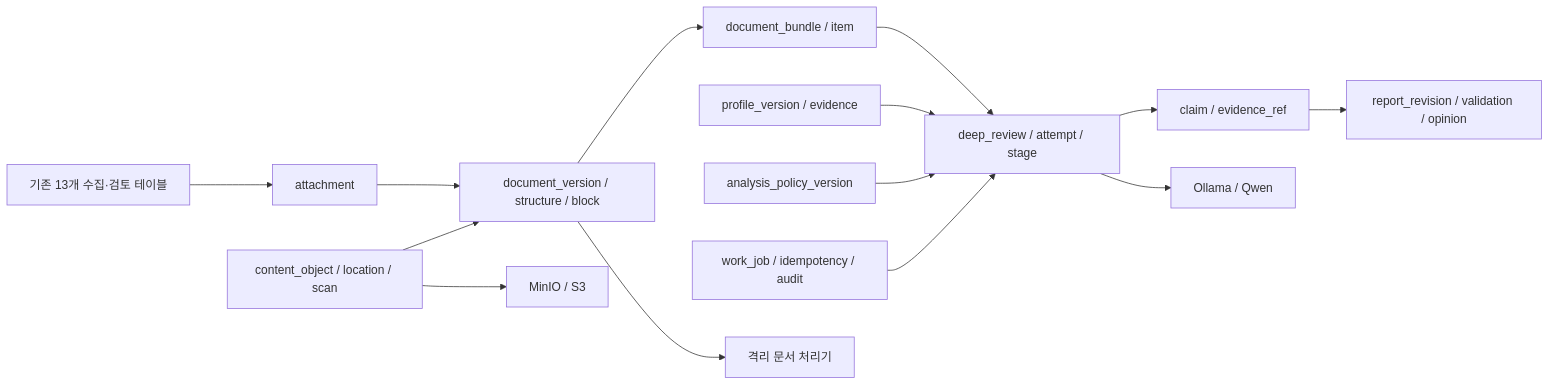
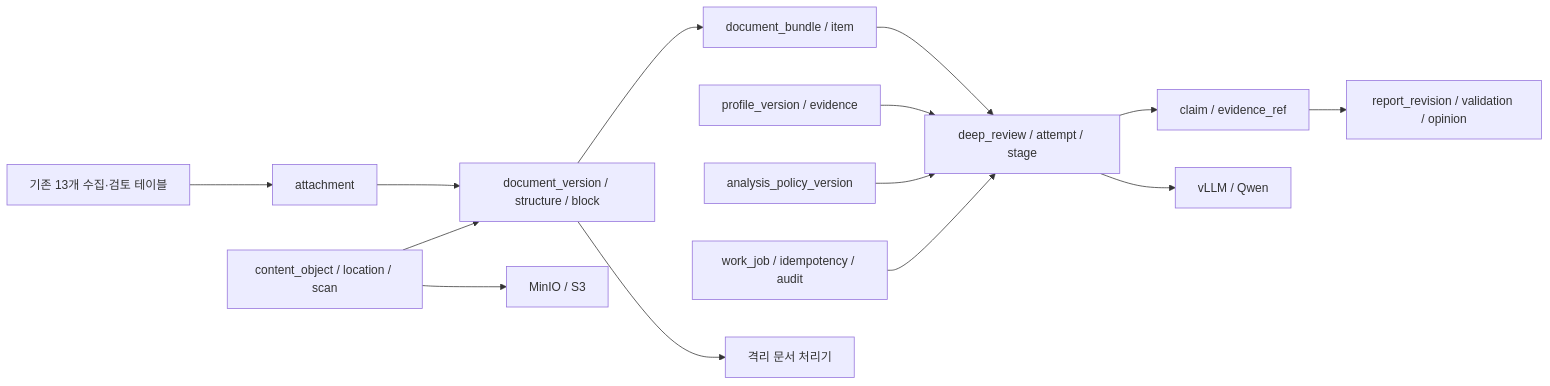
One commit to jechoiyyy/bidops changed the first of 5 diagrams in docs/deep-review-erd.md. Above: the diagram before and after it, drawn with Mermaid. The commit also changed 34 other files, not shown here.

````diff
--- a/docs/deep-review-erd.md
+++ b/docs/deep-review-erd.md
@@ -46,31 +46,31 @@
 ```mermaid
 flowchart LR
     LEGACY[기존 13개 수집·검토 테이블]
     ATTACHMENT[attachment]
     CONTENT[content_object / location / scan]
     DOCUMENT[document_version / structure / block]
     BUNDLE[document_bundle / item]
     PROFILE[profile_version / evidence]
     POLICY[analysis_policy_version]
     REVIEW[deep_review / attempt / stage]
     CLAIM[claim / evidence_ref]
     REPORT[report_revision / validation / opinion]
     OPS[work_job / idempotency / audit]
     STORE[MinIO / S3]
     MCP[격리 문서 처리기]
-    QWEN[Ollama / Qwen]
+    QWEN[vLLM / Qwen]
 
     LEGACY --> ATTACHMENT
     ATTACHMENT --> DOCUMENT
     CONTENT --> DOCUMENT
     CONTENT --> STORE
     DOCUMENT --> MCP
     DOCUMENT --> BUNDLE
     BUNDLE --> REVIEW
     PROFILE --> REVIEW
     POLICY --> REVIEW
     REVIEW --> QWEN
     REVIEW --> CLAIM
     CLAIM --> REPORT
     OPS --> REVIEW
 ```
````
